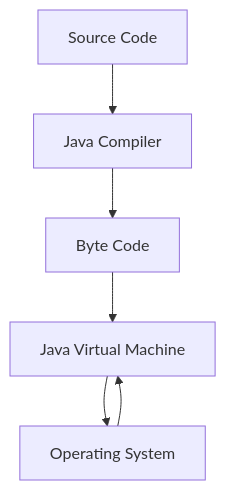
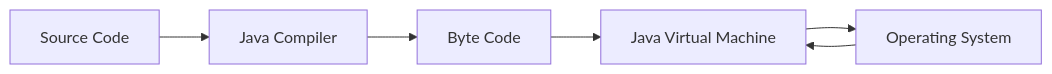
Before and after one commit to zaCKoZAck0/the_java_bible: the first of 2 diagrams in java_concepts/java_architecture/README.md, drawn with Mermaid. The commit also changed other lines of this file, not shown here.

Commit message:
Added JVM Architecture Diagram

````diff
--- a/java_concepts/java_architecture/README.md
+++ b/java_concepts/java_architecture/README.md
@@ -9,14 +8,14 @@
 ```mermaid
-graph TD
+graph LR
     A[Source Code]
     B[Java Compiler]
     C[Byte Code]
     D[Java Virtual Machine]
     E[Operating System]
     A-->B
     B-->C
     C-->D
     D-->E
     E-->D
 
 ```
````
